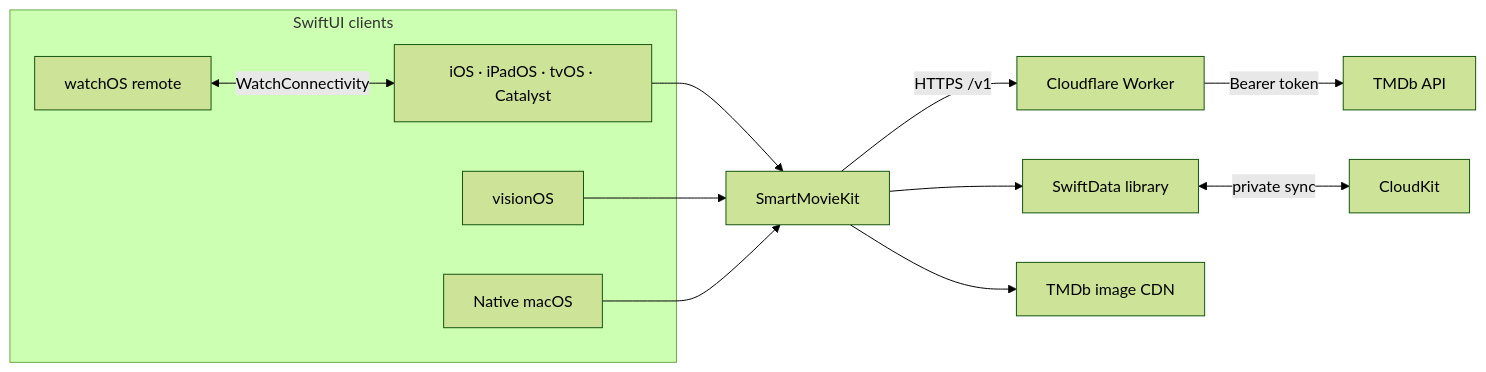
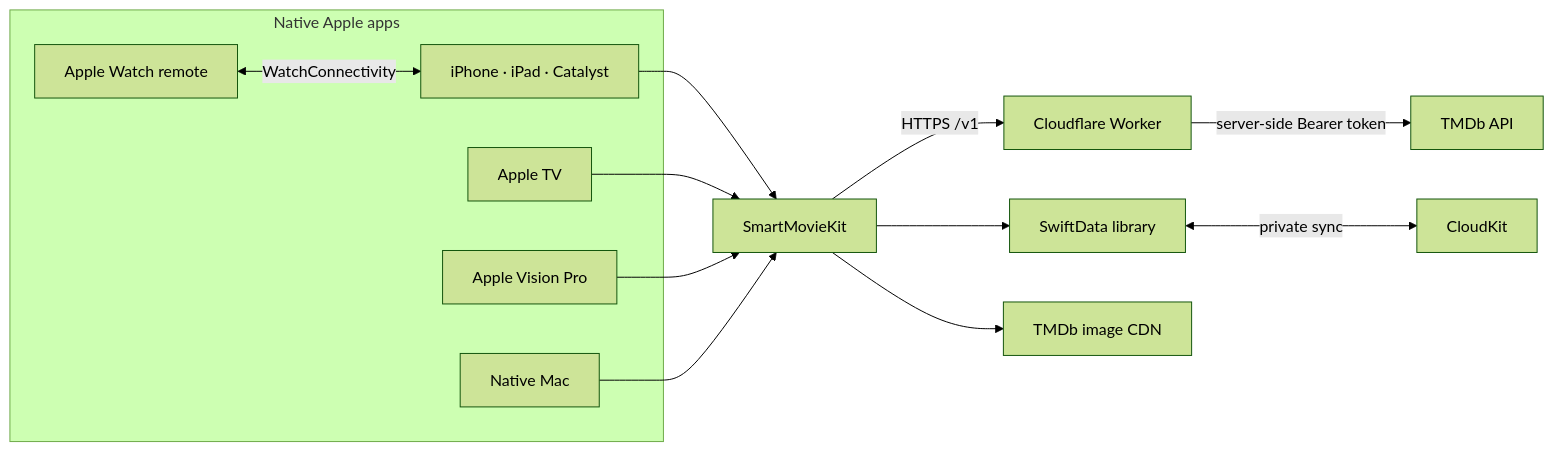
Before and after one commit to LamPPKK/SmartMovie: the diagram in README.md, drawn with Mermaid (forest theme). The commit also changed other lines of this file and 2 other files, not shown here.

Commit message:
docs: expand README and Apple app gallery

````diff
--- a/README.md
+++ b/README.md
@@ -59,19 +92,21 @@
 ```mermaid
 flowchart LR
-    subgraph Clients["SwiftUI clients"]
-        Universal["iOS · iPadOS · tvOS · Catalyst"]
-        Vision["visionOS"]
-        Mac["Native macOS"]
-        Watch["watchOS remote"]
+    subgraph Apple["Native Apple apps"]
+        Universal["iPhone · iPad · Catalyst"]
+        TV["Apple TV"]
+        Vision["Apple Vision Pro"]
+        Mac["Native Mac"]
+        Watch["Apple Watch remote"]
     end
 
     Universal --> Kit["SmartMovieKit"]
+    TV --> Kit
     Vision --> Kit
     Mac --> Kit
     Watch <-->|"WatchConnectivity"| Universal
     Kit -->|"HTTPS /v1"| Worker["Cloudflare Worker"]
-    Worker -->|"Bearer token"| TMDb["TMDb API"]
+    Worker -->|"server-side Bearer token"| TMDb["TMDb API"]
     Kit --> Store["SwiftData library"]
     Store <-->|"private sync"| CloudKit["CloudKit"]
-    Kit --> CDN["TMDb image CDN"]
+    Kit --> Images["TMDb image CDN"]
 ```
````
